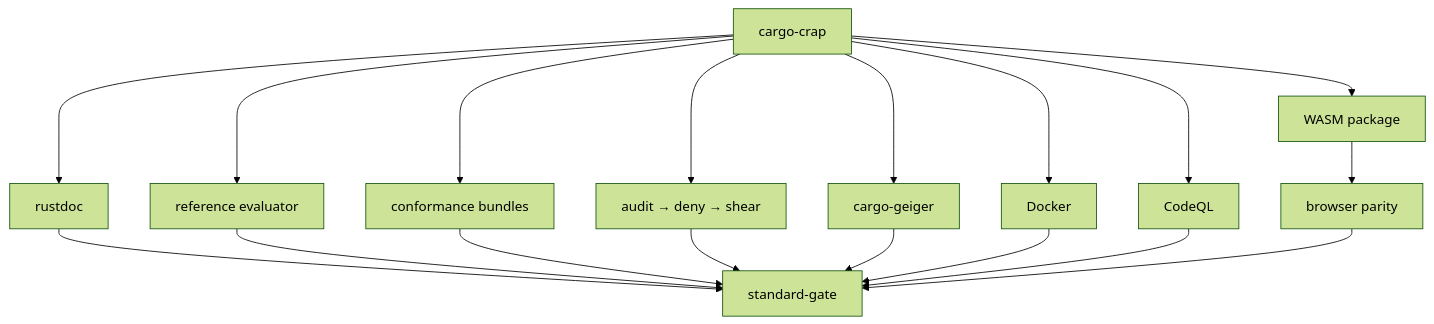
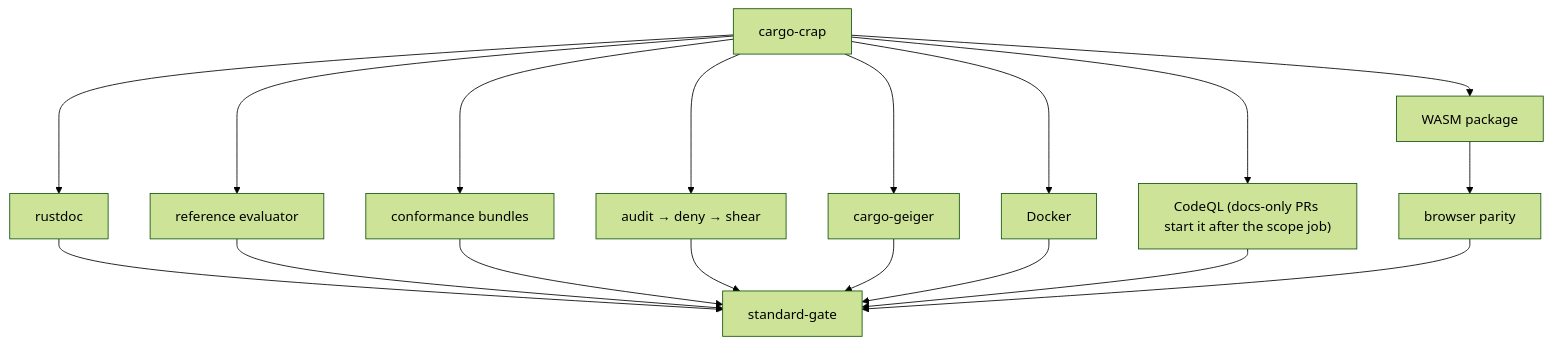
The eighth of 14 diagrams in CONTRIBUTING.md (arceushui/pigloros), drawn with Mermaid (forest theme) before and after one commit. The commit also changed 2 other files, not shown here.

Commit message:
ci: tidy CodeQL docs-only review nits

````diff
--- a/CONTRIBUTING.md
+++ b/CONTRIBUTING.md
@@ -244,20 +244,20 @@
 ```mermaid
 flowchart TD
     CR["cargo-crap"] --> D["rustdoc"]
     CR --> E["reference evaluator"]
     CR --> B["conformance bundles"]
     CR --> P["audit → deny → shear"]
     CR --> U["cargo-geiger"]
     CR --> X["Docker"]
     CR --> W["WASM package"]
-    CR --> Q["CodeQL"]
+    CR --> Q["CodeQL (docs-only PRs start it after the scope job)"]
     W --> BP["browser parity"]
     D --> G["standard-gate"]
     E --> G
     B --> G
     P --> G
     U --> G
     X --> G
     Q --> G
     BP --> G
 ```
````
